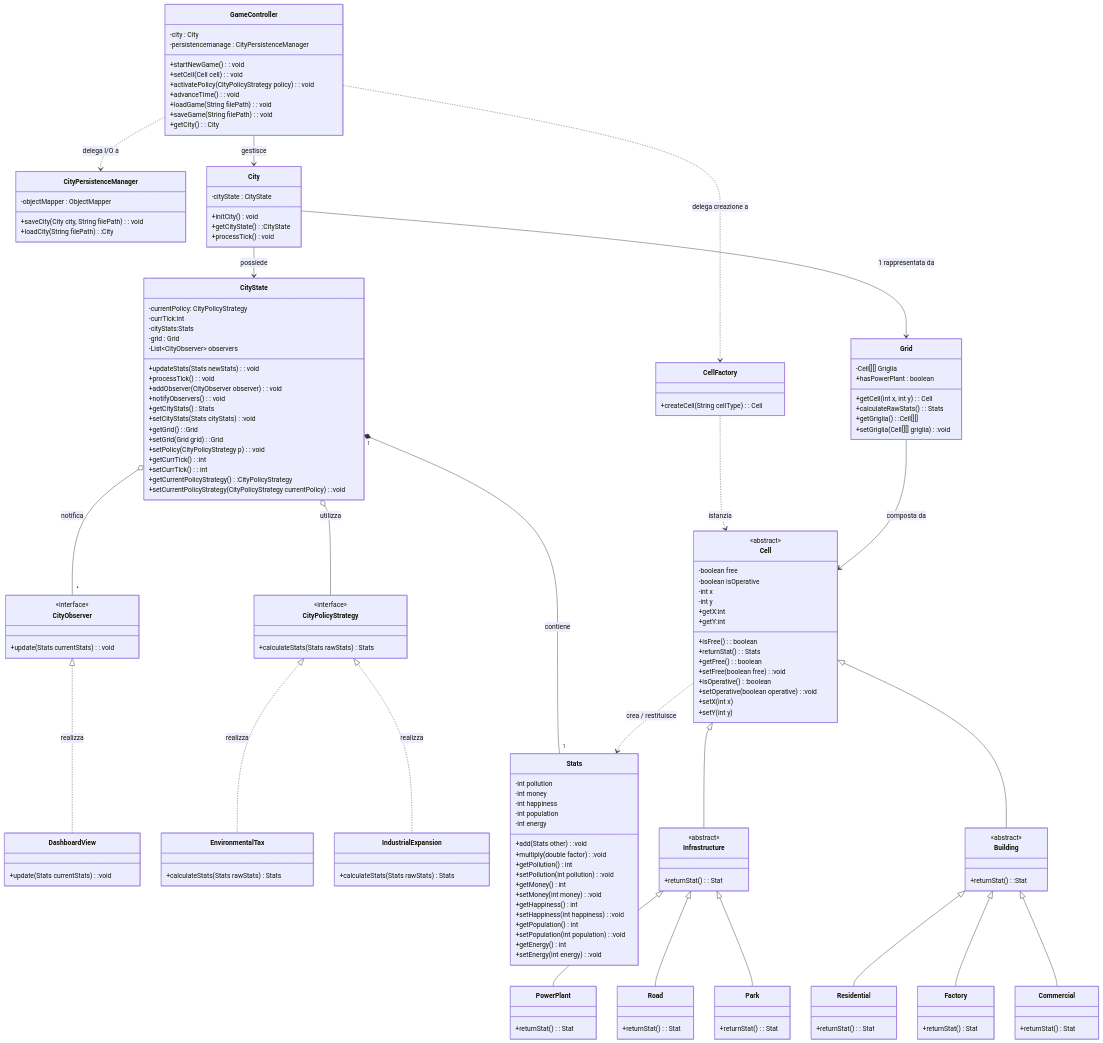
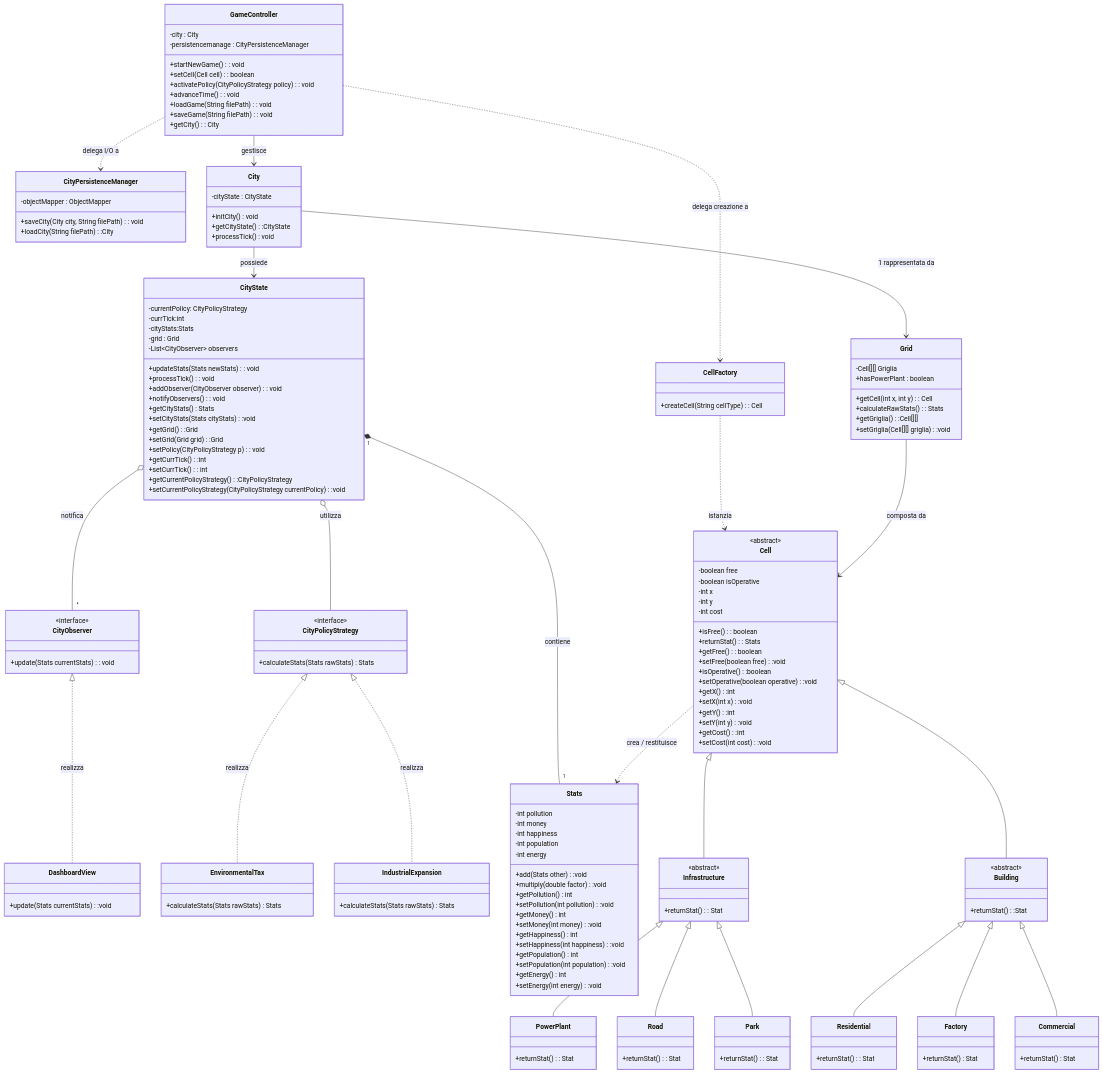
The diagram in docs/DESIGN-CLASS-MODEL/design-class-model.md (andreatoson3-netizen/Amatriciana), drawn with Mermaid before and after one commit.

```diff
--- a/docs/DESIGN-CLASS-MODEL/design-class-model.md
+++ b/docs/DESIGN-CLASS-MODEL/design-class-model.md
@@ -10,7 +10,7 @@
         -city : City
         -persistencemanage : CityPersistenceManager
         +startNewGame() : void
-        +setCell(Cell cell) : void
+        +setCell(Cell cell) : boolean
         +activatePolicy(CityPolicyStrategy policy): void
         +advanceTime() : void
         +loadGame(String filePath) : void
@@ -95,16 +95,19 @@
         -boolean isOperative
         -int x
         -int y
+        -int cost
         +isFree(): boolean
         +returnStat(): Stats
         +getFree() : boolean
         +setFree(boolean free):void
         +isOperative():boolean
         +setOperative(boolean operative):void
-        +getX:int
-        +setX(int x)
-        +getY:int
-        +setY(int y)
+        +getX():int
+        +setX(int x):void
+        +getY():int
+        +setY(int y):void
+        +getCost():int
+        +setCost(int cost):void
         
     }
 
```
